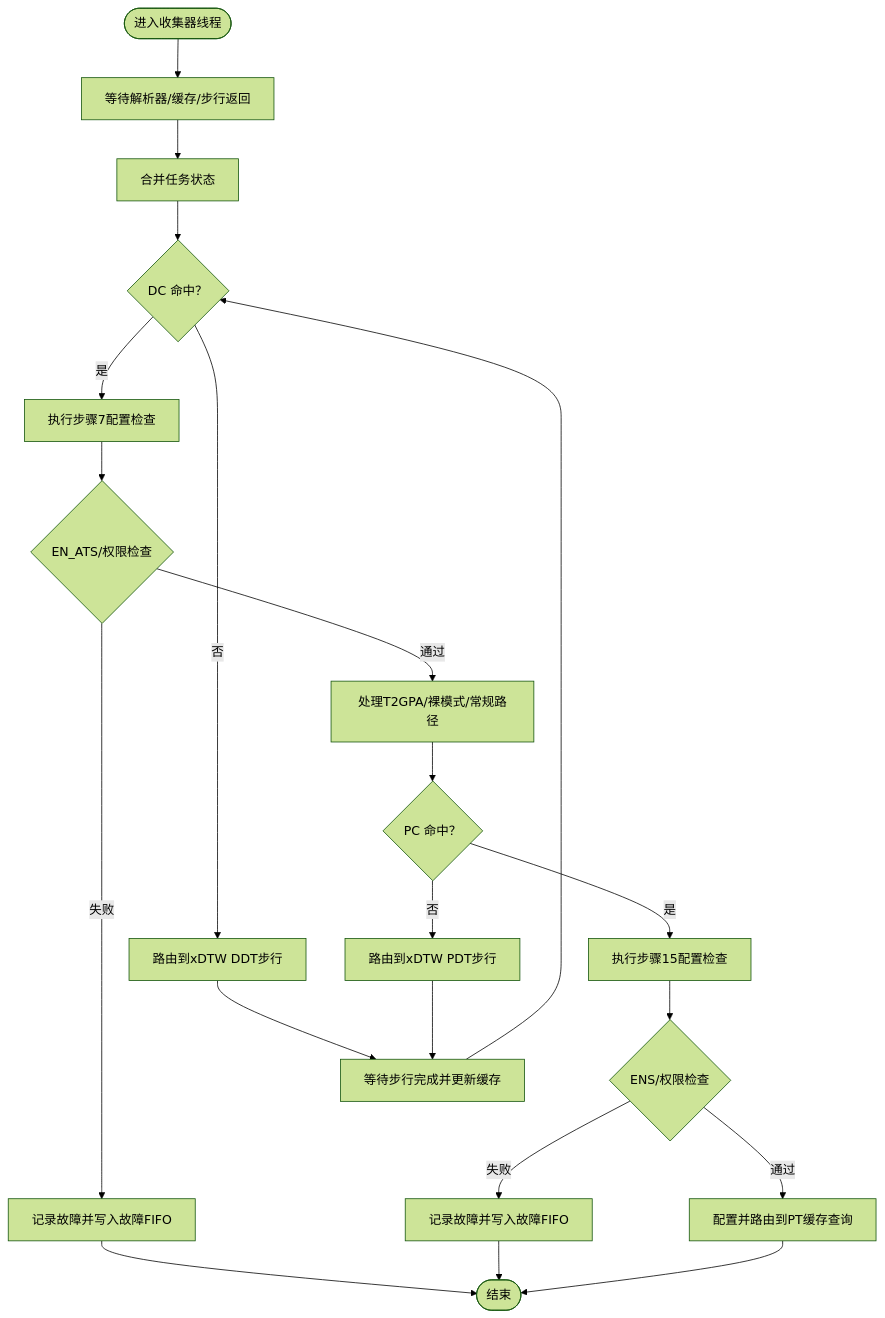
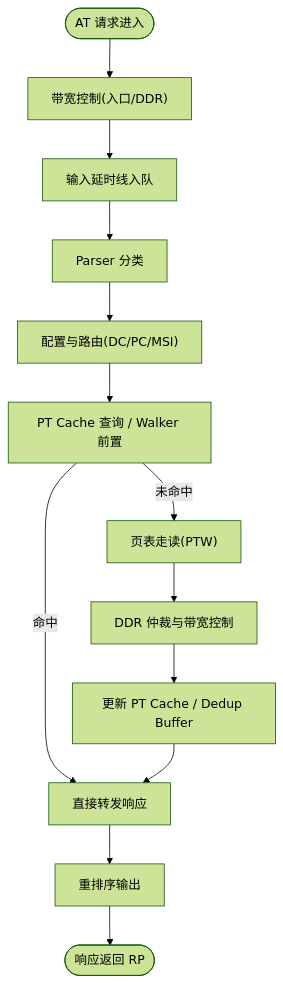
Before and after one commit to jiangjiang1122/iommu_model_20260401_v1: the third of 6 diagrams in .qoder/repowiki/zh/content/性能模型/性能分析工具.md, drawn with Mermaid (forest theme). The commit also changed other lines of this file and 55 other files, not shown here.

````diff
--- a/.qoder/repowiki/zh/content/性能模型/性能分析工具.md
+++ b/.qoder/repowiki/zh/content/性能模型/性能分析工具.md
@@ -218,23 +131,15 @@
 ```mermaid
 flowchart TD
-CSTART(["进入收集器线程"]) --> WAIT_DATA["等待解析器/缓存/步行返回"]
-WAIT_DATA --> MERGE["合并任务状态"]
-MERGE --> CHECK_DC{"DC 命中？"}
-CHECK_DC --> |否| ROUTE_XDTW_DC["路由到xDTW DDT步行"]
-CHECK_DC --> |是| STEP7["执行步骤7配置检查"]
-STEP7 --> EN_ATS{"EN_ATS/权限检查"}
-EN_ATS --> |失败| FAULT_EN_ATS["记录故障并写入故障FIFO"]
-EN_ATS --> |通过| STEP8["处理T2GPA/裸模式/常规路径"]
-STEP8 --> CHECK_PC{"PC 命中？"}
-CHECK_PC --> |否| ROUTE_XDTW_PC["路由到xDTW PDT步行"]
-CHECK_PC --> |是| STEP15["执行步骤15配置检查"]
-STEP15 --> ENS{"ENS/权限检查"}
-ENS --> |失败| FAULT_ENS["记录故障并写入故障FIFO"]
-ENS --> |通过| CONFIG_ROUTE["配置并路由到PT缓存查询"]
-ROUTE_XDTW_DC --> XDTW_WAIT["等待步行完成并更新缓存"]
-ROUTE_XDTW_PC --> XDTW_WAIT
-XDTW_WAIT --> CHECK_DC
-FAULT_EN_ATS --> CEND
-FAULT_ENS --> CEND
-CONFIG_ROUTE --> CEND(["结束"])
+Start(["AT 请求进入"]) --> BW["带宽控制(入口/DDR)"]
+BW --> InDelay["输入延时线入队"]
+InDelay --> Parser["Parser 分类"]
+Parser --> Config["配置与路由(DC/PC/MSI)"]
+Config --> CacheQ["PT Cache 查询 / Walker 前置"]
+CacheQ --> |命中| OutPath["直接转发响应"]
+CacheQ --> |未命中| PTW["页表走读(PTW)"]
+PTW --> DDR["DDR 仲裁与带宽控制"]
+DDR --> Update["更新 PT Cache / Dedup Buffer"]
+Update --> OutPath
+OutPath --> Reorder["重排序输出"]
+Reorder --> End(["响应返回 RP"])
 ```
````
